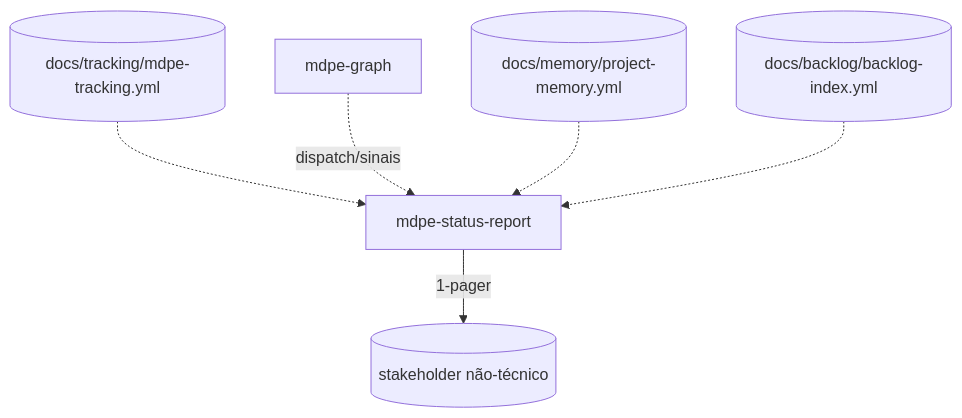
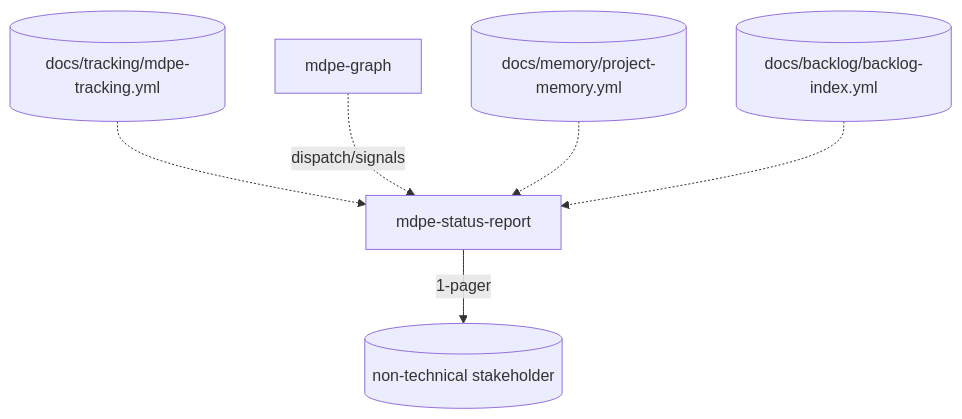
Before and after one commit to kallebelins/mdpe-skills: the diagram in docs/adr/adr-009-status-report.md, drawn with Mermaid. The commit also changed other lines of this file and 15 other files, not shown here.

````diff
--- a/docs/adr/adr-009-status-report.md
+++ b/docs/adr/adr-009-status-report.md
@@ -60,8 +60,8 @@
 ```mermaid
 graph TD
     TR[(docs/tracking/mdpe-tracking.yml)] -.-> SR[mdpe-status-report]
-    GR[mdpe-graph] -.dispatch/sinais.-> SR
+    GR[mdpe-graph] -.dispatch/signals.-> SR
     MEM[(docs/memory/project-memory.yml)] -.-> SR
     B[(docs/backlog/backlog-index.yml)] -.-> SR
-    SR -->|"1-pager"| ST[(stakeholder não-técnico)]
+    SR -->|"1-pager"| ST[(non-technical stakeholder)]
 ```
````
